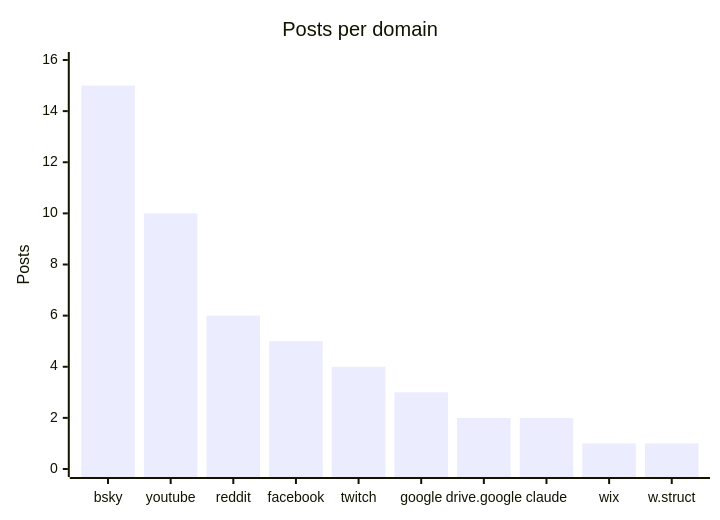
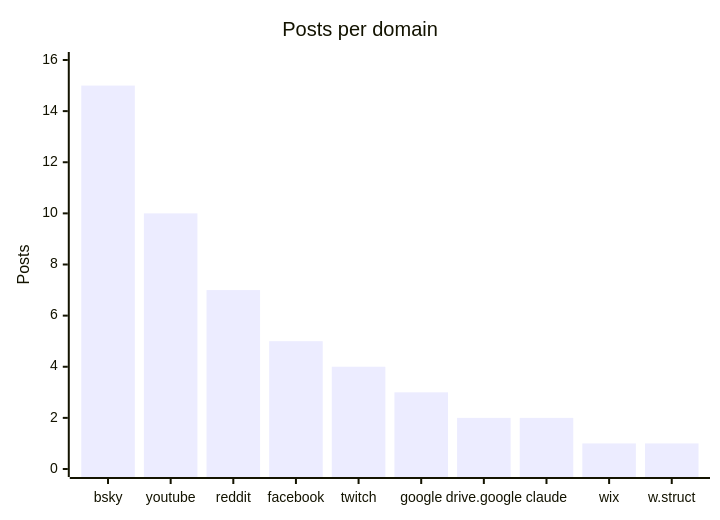
The fourth of 4 diagrams in README.md (martinbalfanz/social-scanner-reports), drawn with Mermaid before and after one commit. The commit also changed other lines of this file and 2 other files, not shown here.

````diff
--- a/README.md
+++ b/README.md
@@ -58,7 +58,7 @@
 ```mermaid
 xychart-beta
     title "Posts per domain"
     x-axis ["bsky", "youtube", "reddit", "facebook", "twitch", "google", "drive.google", "claude", "wix", "w.struct"]
     y-axis "Posts" 0 --> 16
-    bar [15, 10, 6, 5, 4, 3, 2, 2, 1, 1]
+    bar [15, 10, 7, 5, 4, 3, 2, 2, 1, 1]
 ```
````
